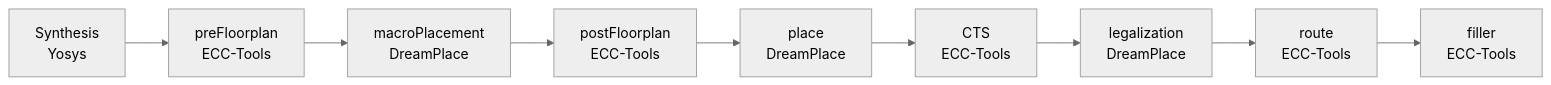
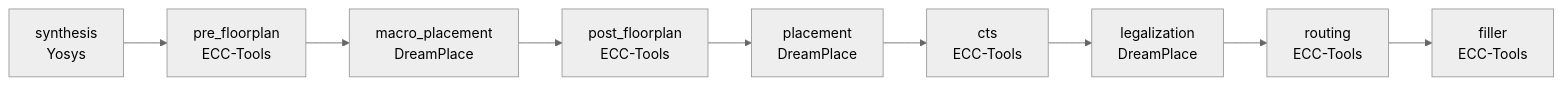
The diagram in docs/examples/gcd/README.cn.md (openecos-projects/ecc), drawn with Mermaid (neutral theme) before and after one commit. The commit also changed other lines of this file and 25 other files, not shown here.

````diff
--- a/docs/examples/gcd/README.cn.md
+++ b/docs/examples/gcd/README.cn.md
@@ -127,11 +127,11 @@
 ```mermaid
 graph LR
-    A[Synthesis<br/>Yosys] --> B[preFloorplan<br/>ECC-Tools]
-    B --> C[macroPlacement<br/>DreamPlace]
-    C --> D[postFloorplan<br/>ECC-Tools]
-    D --> E[place<br/>DreamPlace]
-    E --> F[CTS<br/>ECC-Tools]
+    A[synthesis<br/>Yosys] --> B[pre_floorplan<br/>ECC-Tools]
+    B --> C[macro_placement<br/>DreamPlace]
+    C --> D[post_floorplan<br/>ECC-Tools]
+    D --> E[placement<br/>DreamPlace]
+    E --> F[cts<br/>ECC-Tools]
     F --> G[legalization<br/>DreamPlace]
-    G --> H[route<br/>ECC-Tools]
+    G --> H[routing<br/>ECC-Tools]
     H --> I[filler<br/>ECC-Tools]
 ```
````
